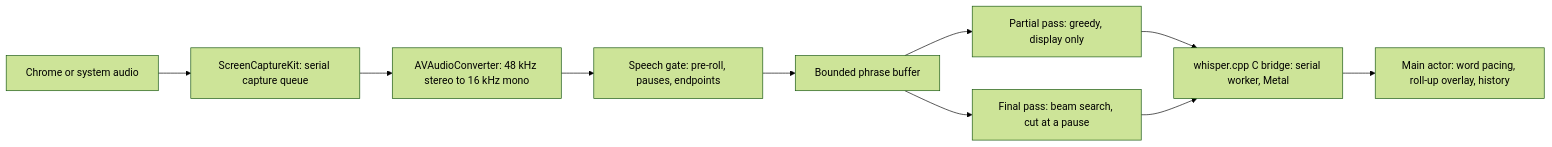
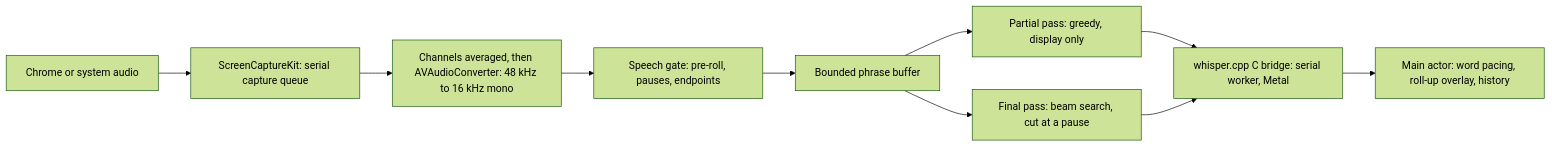
One commit to JingdaKang/soundveil changed the diagram in mac/README.md. Above: the diagram before and after it, drawn with Mermaid (forest theme). The commit also changed other lines of this file, not shown here.

````diff
--- a/mac/README.md
+++ b/mac/README.md
@@ -165,12 +169,12 @@
 ```mermaid
 flowchart LR
  C[Chrome or system audio] --> S[ScreenCaptureKit: serial capture queue]
- S --> R[AVAudioConverter: 48 kHz stereo to 16 kHz mono]
+ S --> R[Channels averaged, then AVAudioConverter: 48 kHz to 16 kHz mono]
  R --> V[Speech gate: pre-roll, pauses, endpoints]
  V --> B[Bounded phrase buffer]
  B --> P[Partial pass: greedy, display only]
  B --> F[Final pass: beam search, cut at a pause]
  P --> M[whisper.cpp C bridge: serial worker, Metal]
  F --> M
  M --> U[Main actor: word pacing, roll-up overlay, history]
 ```
````
